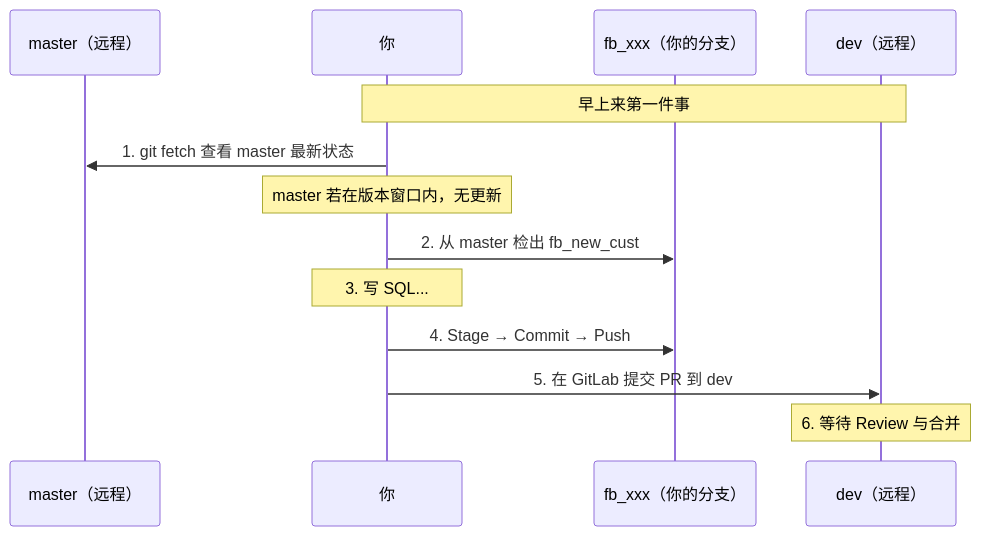
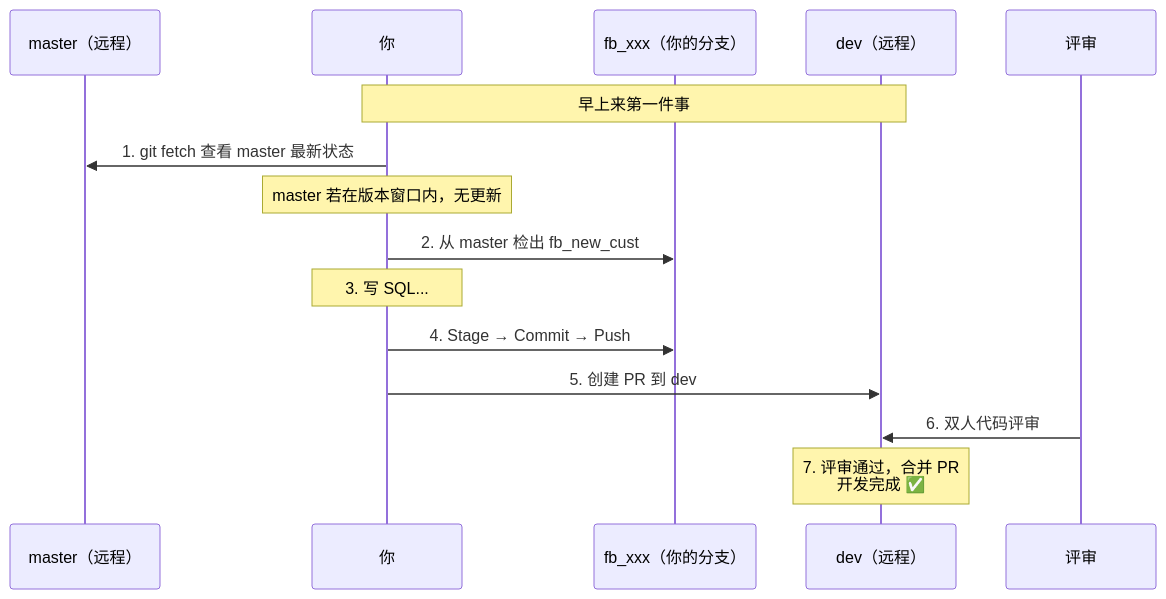
One commit to livebug/vpblogs changed the sixth of 19 diagrams in docs/learn/VSCodeEx/2026-07-11-vscode-git-guide.md. Above: the diagram before and after it, drawn with Mermaid. The commit also changed other lines of this file and 6 other files, not shown here.

First line of the commit message:
feat: ETL Git 操作手册 + Mermaid 图表渲染 + 页面美化

````diff
--- a/docs/learn/VSCodeEx/2026-07-11-vscode-git-guide.md
+++ b/docs/learn/VSCodeEx/2026-07-11-vscode-git-guide.md
@@ -242,16 +259,17 @@
 ```mermaid
 sequenceDiagram
     participant M as master（远程）
     participant 你
     participant FB as fb_xxx（你的分支）
     participant Dev as dev（远程）
 
     Note over 你,Dev: 早上来第一件事
     你->>M: 1. git fetch 查看 master 最新状态
     Note over 你: master 若在版本窗口内，无更新
     你->>FB: 2. 从 master 检出 fb_new_cust
     Note over 你: 3. 写 SQL...
     你->>FB: 4. Stage → Commit → Push
-    你->>Dev: 5. 在 GitLab 提交 PR 到 dev
-    Note over Dev: 6. 等待 Review 与合并
+    你->>Dev: 5. 创建 PR 到 dev
+    评审->>Dev: 6. 双人代码评审
+    Note over Dev: 7. 评审通过，合并 PR<br/>开发完成 ✅
 ```
````
